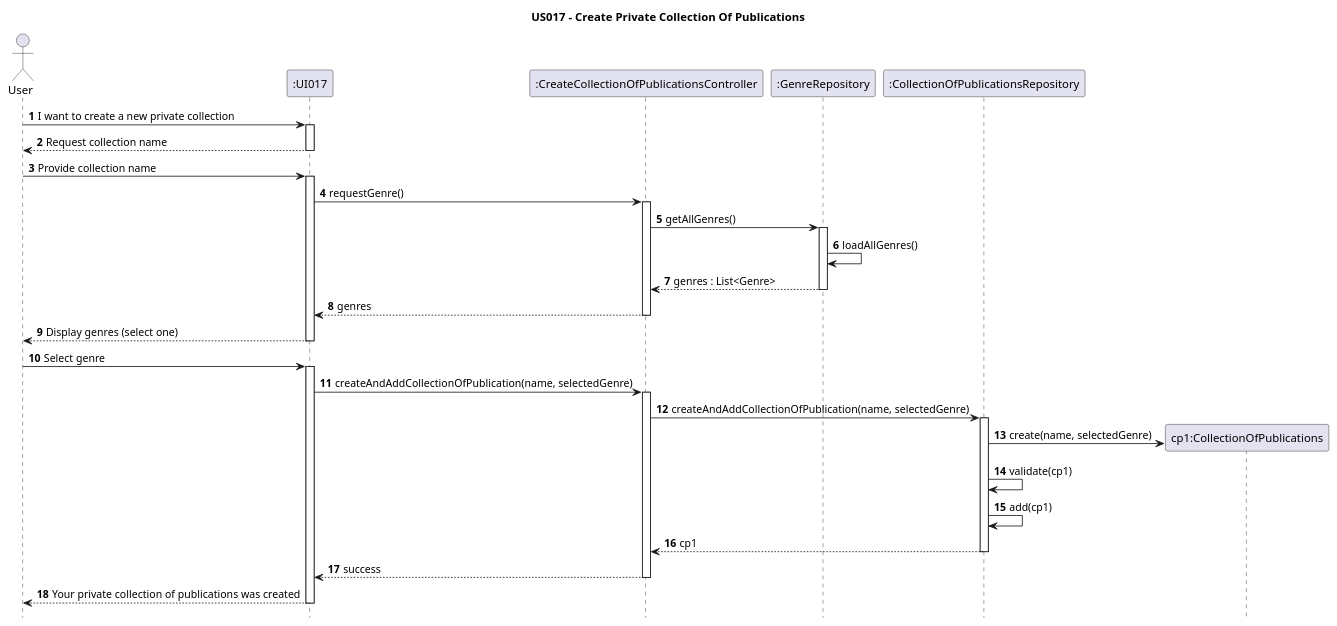
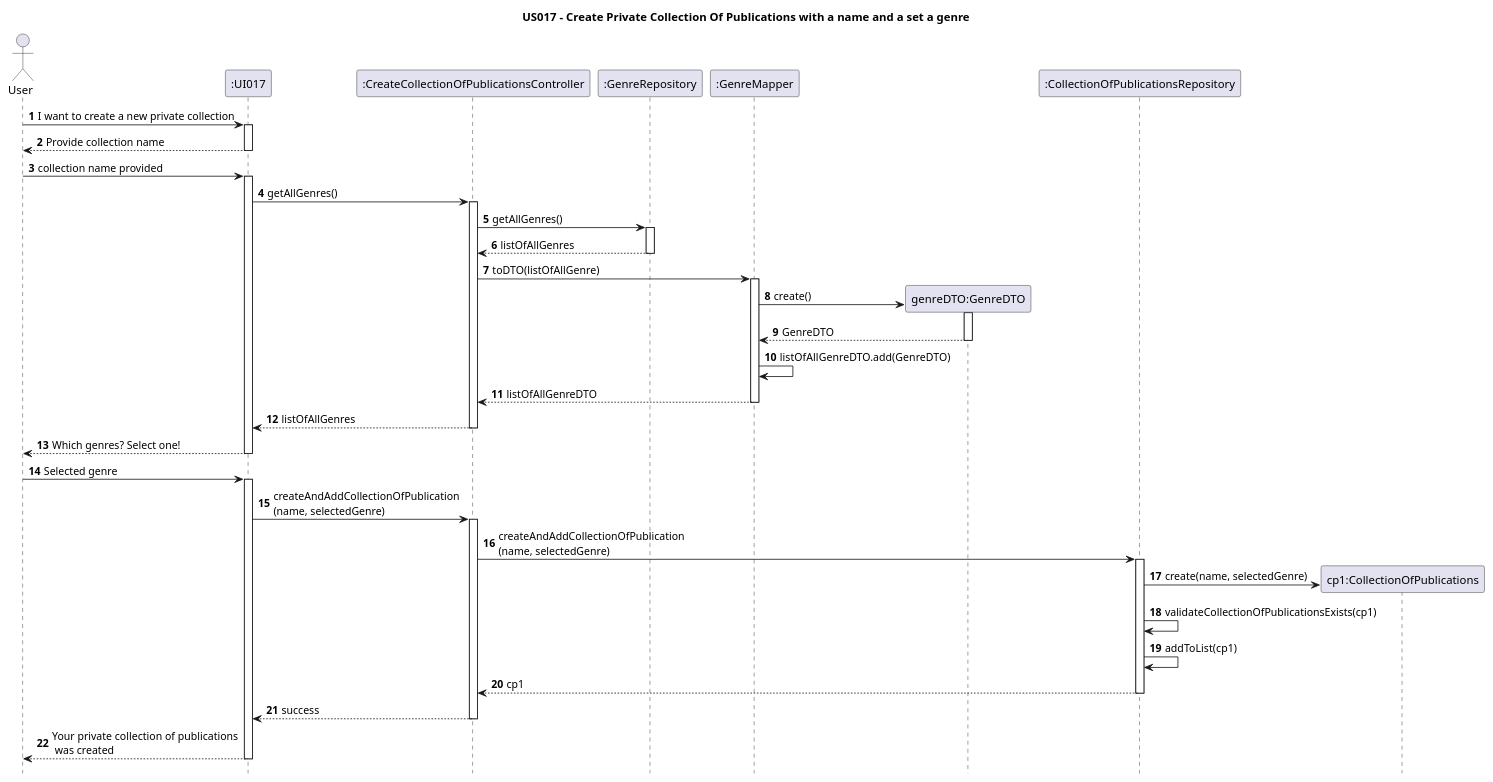
One commit to AndrePereiraGitH/SWitCH-Project-Team_A changed the diagram in Diagrams/SequenceDiagrams/N2/US017-to-create-private-publication-list.puml. Above: the diagram before and after it, drawn with PlantUML. The commit also changed 2 other files, not shown here.

Commit message:
#88 #89 and #92 #94: Update SSD (N1), sequence (N2) and class diagrams

```diff
--- a/Diagrams/SequenceDiagrams/N2/US017-to-create-private-publication-list.puml
+++ b/Diagrams/SequenceDiagrams/N2/US017-to-create-private-publication-list.puml
@@ -1,62 +1,73 @@
 @startuml
 hide footbox
 autonumber
 
-title US017 - Create Private Collection Of Publications
+title US017 - Create Private Collection Of Publications with a name and a set a genre
 
 actor "User" as User
 participant ":UI017" as UI
 participant ":CreateCollectionOfPublicationsController" as Controller
 participant ":GenreRepository" as GenreRepository
+participant ":GenreMapper" as GenreMapper
+participant "genreDTO:GenreDTO" as GenreDTO
 participant ":CollectionOfPublicationsRepository" as CollectionRepository
 
+
 User -> UI : I want to create a new private collection
+
 activate UI
 
-UI --> User : Request collection name
+UI --> User : Provide collection name
 deactivate UI
-User -> UI : Provide collection name
+User -> UI : collection name provided
 activate UI
 
-UI -> Controller : requestGenre()
+UI -> Controller : getAllGenres()
 activate Controller
 
 Controller -> GenreRepository : getAllGenres()
 activate GenreRepository
-
-GenreRepository -> GenreRepository : loadAllGenres()
-
-GenreRepository --> Controller : genres : List<Genre>
+GenreRepository --> Controller : listOfAllGenres
 deactivate GenreRepository
 
-Controller --> UI :  genres
+Controller -> GenreMapper: toDTO(listOfAllGenre)
+activate GenreMapper
+GenreMapper -> GenreDTO ** : create()
+activate GenreDTO
+GenreDTO --> GenreMapper: GenreDTO
+deactivate GenreDTO
+GenreMapper -> GenreMapper : listOfAllGenreDTO.add(GenreDTO)
+GenreMapper --> Controller: listOfAllGenreDTO
+deactivate GenreMapper
+
+Controller --> UI : listOfAllGenres
 deactivate Controller
 
-UI --> User : Display genres (select one)
+UI --> User : Which genres? Select one!
 deactivate UI
 
-User -> UI : Select genre
+User -> UI : Selected genre
 activate UI
 
-UI -> Controller : createAndAddCollectionOfPublication(name, selectedGenre)
+UI -> Controller : createAndAddCollectionOfPublication\n(name, selectedGenre)
 activate Controller
 
-Controller -> CollectionRepository  : createAndAddCollectionOfPublication(name, selectedGenre)
+Controller -> CollectionRepository  : createAndAddCollectionOfPublication\n(name, selectedGenre)
 activate CollectionRepository
 
 create "cp1:CollectionOfPublications" as CollectionOfPublications
 
 CollectionRepository -> CollectionOfPublications : create(name, selectedGenre)
-CollectionRepository -> CollectionRepository : validate(cp1)
-CollectionRepository -> CollectionRepository : add(cp1)
+CollectionRepository -> CollectionRepository : validateCollectionOfPublicationsExists(cp1)
+CollectionRepository -> CollectionRepository : addToList(cp1)
 
 CollectionRepository --> Controller : cp1
 deactivate CollectionRepository
 
 Controller --> UI : success
 deactivate Controller
 
-UI --> User : Your private collection of publications was created
+UI --> User : Your private collection of publications\n was created
 deactivate UI
 
 @enduml
```
